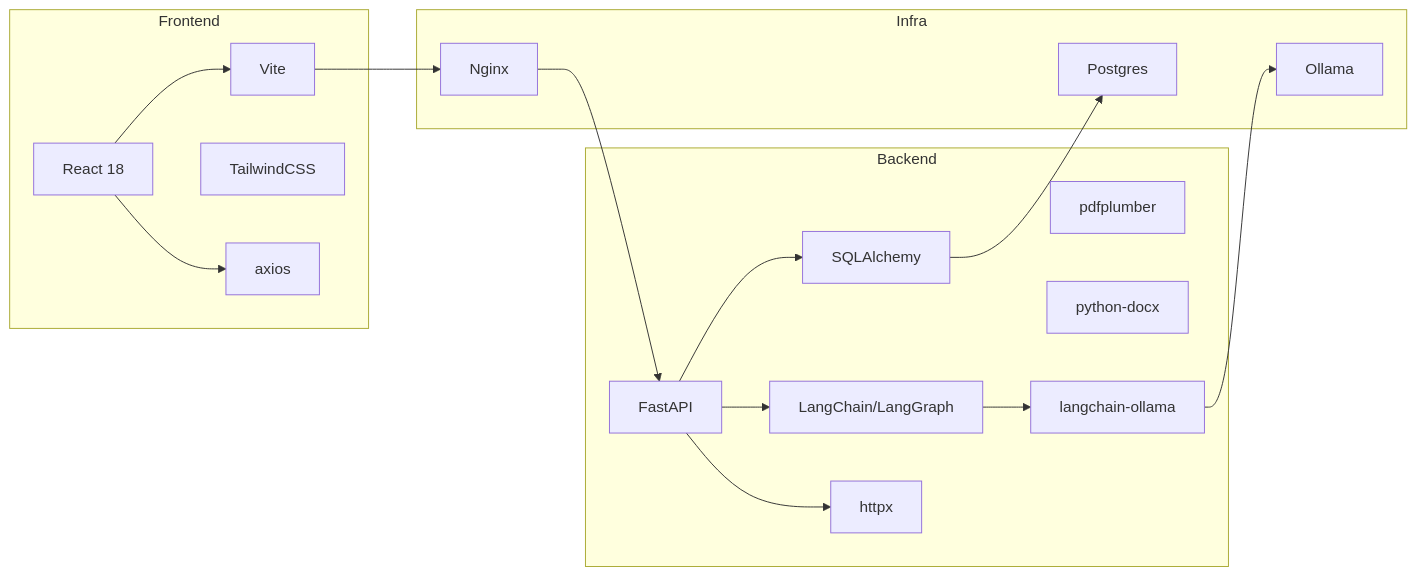
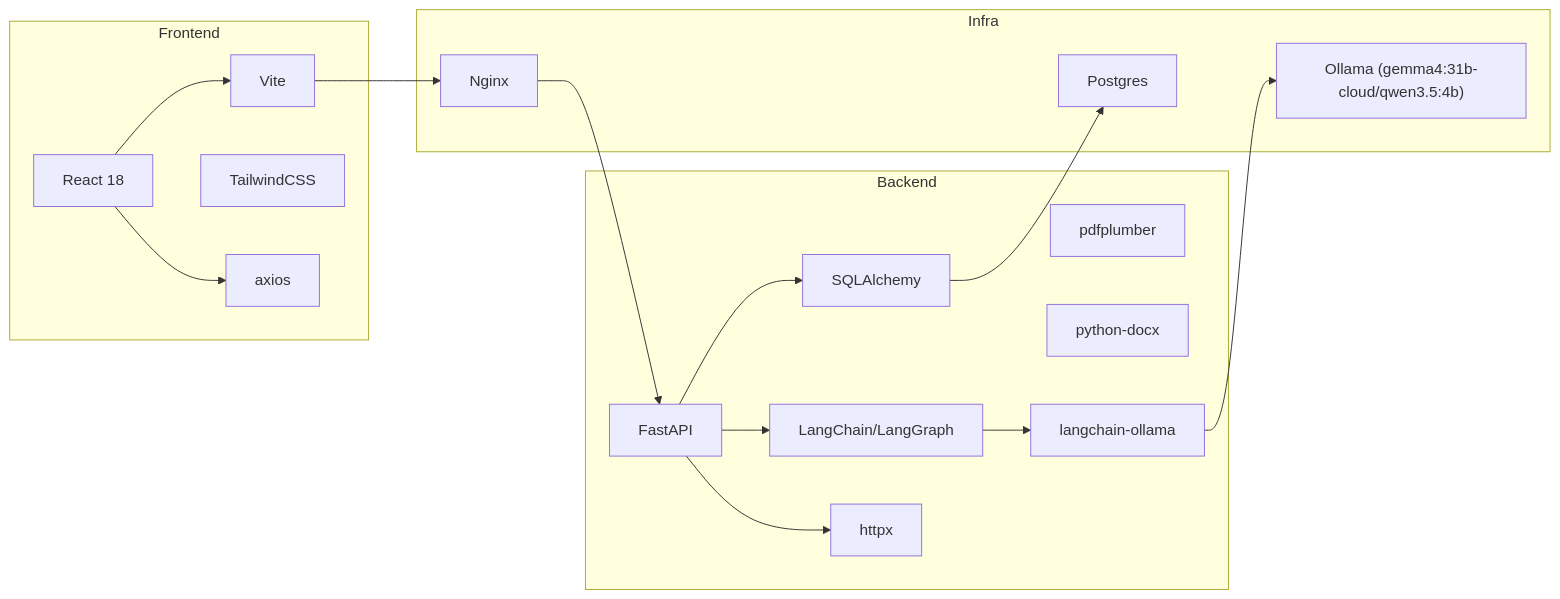
The ninth of 9 diagrams in .qoder/repowiki/en/content/Technology Stack.md (Revanththetalogics/aireume), drawn with Mermaid before and after one commit. The commit also changed other lines of this file and 14 other files, not shown here.

````diff
--- a/.qoder/repowiki/en/content/Technology Stack.md
+++ b/.qoder/repowiki/en/content/Technology Stack.md
@@ -370,33 +385,33 @@
 ```mermaid
 graph LR
 subgraph "Backend"
 FA["FastAPI"]
 SA["SQLAlchemy"]
 PD["pdfplumber"]
 DX["python-docx"]
 LC["LangChain/LangGraph"]
 LO["langchain-ollama"]
 OH["httpx"]
 end
 subgraph "Frontend"
 RX["React 18"]
 VT["Vite"]
 TW["TailwindCSS"]
 AX["axios"]
 end
 subgraph "Infra"
 PG["Postgres"]
-OL["Ollama"]
+OL["Ollama (gemma4:31b-cloud/qwen3.5:4b)"]
 NG["Nginx"]
 end
 FA --> SA
 FA --> OH
 FA --> LC
 LC --> LO
 LO --> OL
 SA --> PG
 RX --> VT
 RX --> AX
 VT --> NG
 NG --> FA
 ```
````
